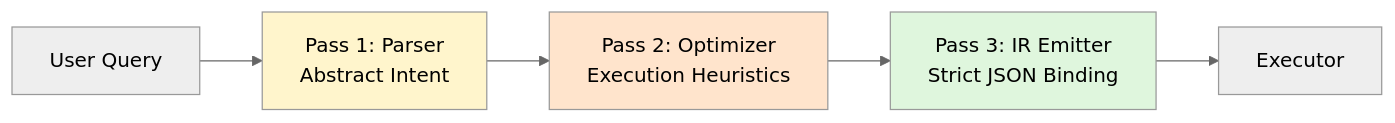
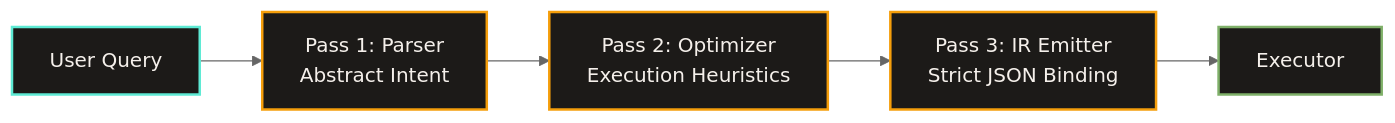
Before and after one commit to mohamadmeri/scrygent: the second of 4 diagrams in docs/ARCHITECTURE.md, drawn with Mermaid (neutral theme). The commit also changed other lines of this file and 2 other files, not shown here.

````diff
--- a/docs/ARCHITECTURE.md
+++ b/docs/ARCHITECTURE.md
@@ -112,11 +105,13 @@
 ```mermaid
 flowchart LR
     U[User Query] --> P1[Pass 1: Parser<br/>Abstract Intent]
     P1 --> P2[Pass 2: Optimizer<br/>Execution Heuristics]
     P2 --> P3[Pass 3: IR Emitter<br/>Strict JSON Binding]
     P3 --> EX[Executor]
     
-    style P1 fill:#fff5cc
-    style P2 fill:#ffe4cc
-    style P3 fill:#dff6dd
+    style U fill:#1C1A18,stroke:#5EEAD4,stroke-width:2px,color:#F5F0EB
+    style P1 fill:#1C1A18,stroke:#F59E0B,stroke-width:2px,color:#F5F0EB
+    style P2 fill:#1C1A18,stroke:#F59E0B,stroke-width:2px,color:#F5F0EB
+    style P3 fill:#1C1A18,stroke:#F59E0B,stroke-width:2px,color:#F5F0EB
+    style EX fill:#1C1A18,stroke:#7FB069,stroke-width:2px,color:#F5F0EB
 ```
````
